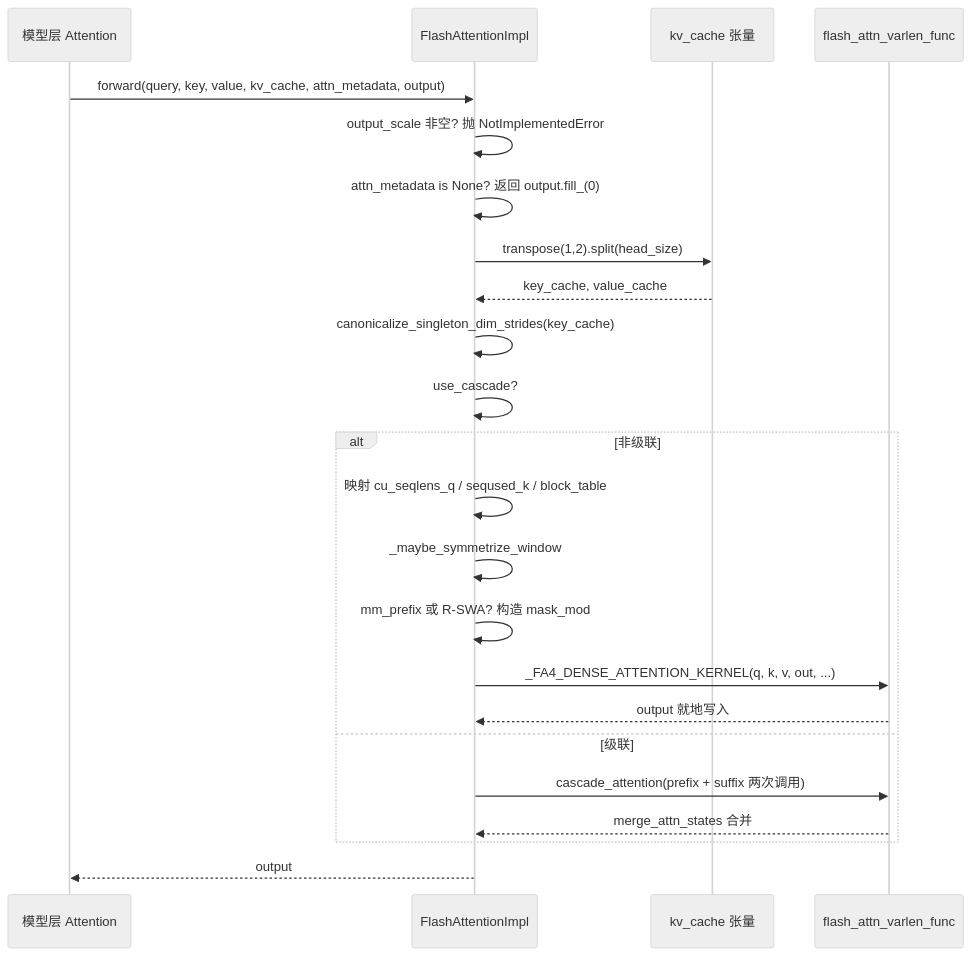
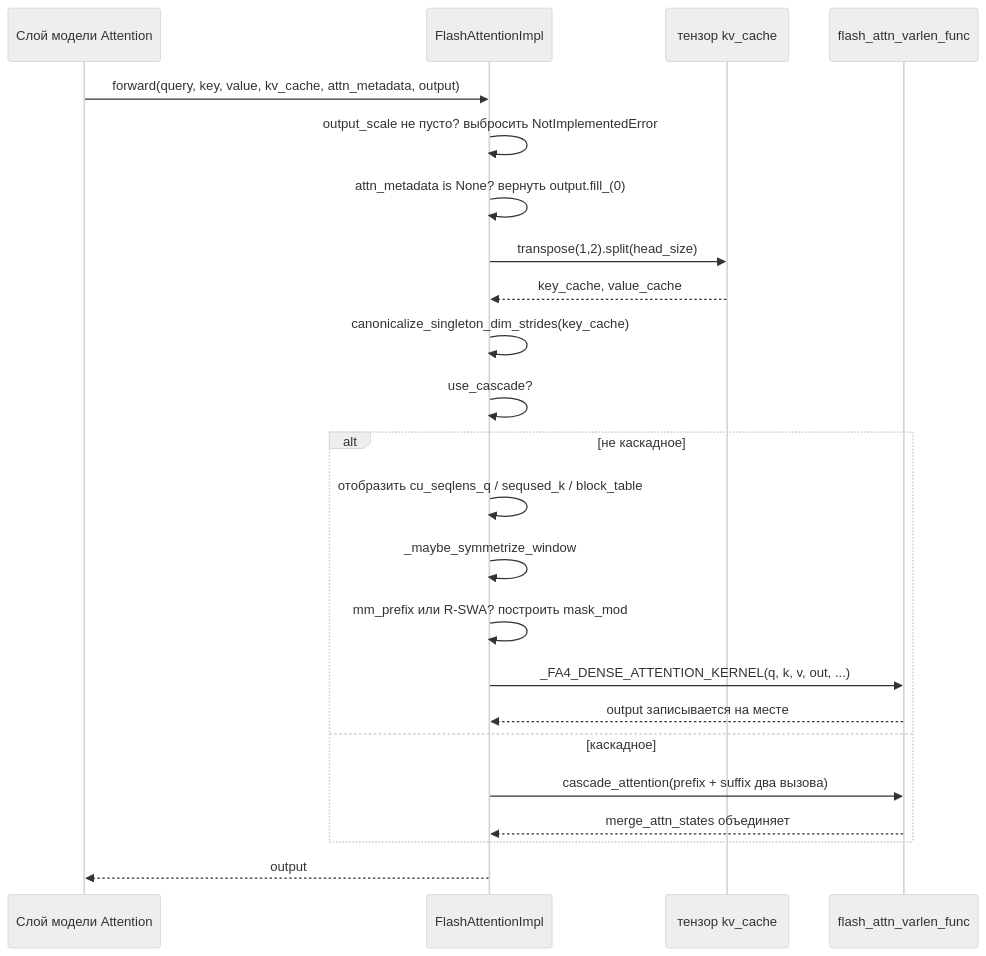
The second of 2 diagrams in books/vllm/ru/06-model-runner-and-distributed-parallelism.md (maleRjc/AiReadCodeBooks), drawn with Mermaid (neutral theme) before and after one commit. The commit also changed other lines of this file and 74 other files, not shown here.

````diff
--- a/books/vllm/ru/06-model-runner-and-distributed-parallelism.md
+++ b/books/vllm/ru/06-model-runner-and-distributed-parallelism.md
@@ -123,25 +123,25 @@
 ```mermaid
 sequenceDiagram
-    participant Model as 模型层 Attention
+    participant Model as Слой модели Attention
     participant Impl as FlashAttentionImpl
-    participant KVC as kv_cache 张量
+    participant KVC as тензор kv_cache
     participant Kernel as flash_attn_varlen_func
     Model->>Impl: forward(query, key, value, kv_cache, attn_metadata, output)
-    Impl->>Impl: output_scale 非空? 抛 NotImplementedError
-    Impl->>Impl: attn_metadata is None? 返回 output.fill_(0)
+    Impl->>Impl: output_scale не пусто? выбросить NotImplementedError
+    Impl->>Impl: attn_metadata is None? вернуть output.fill_(0)
     Impl->>KVC: transpose(1,2).split(head_size)
     KVC-->>Impl: key_cache, value_cache
     Impl->>Impl: canonicalize_singleton_dim_strides(key_cache)
     Impl->>Impl: use_cascade?
-    alt 非级联
-        Impl->>Impl: 映射 cu_seqlens_q / seqused_k / block_table
+    alt не каскадное
+        Impl->>Impl: отобразить cu_seqlens_q / seqused_k / block_table
         Impl->>Impl: _maybe_symmetrize_window
-        Impl->>Impl: mm_prefix 或 R-SWA? 构造 mask_mod
+        Impl->>Impl: mm_prefix или R-SWA? построить mask_mod
         Impl->>Kernel: _FA4_DENSE_ATTENTION_KERNEL(q, k, v, out, ...)
-        Kernel-->>Impl: output 就地写入
-    else 级联
-        Impl->>Kernel: cascade_attention(prefix + suffix 两次调用)
-        Kernel-->>Impl: merge_attn_states 合并
+        Kernel-->>Impl: output записывается на месте
+    else каскадное
+        Impl->>Kernel: cascade_attention(prefix + suffix два вызова)
+        Kernel-->>Impl: merge_attn_states объединяет
     end
     Impl-->>Model: output
 ```
````
